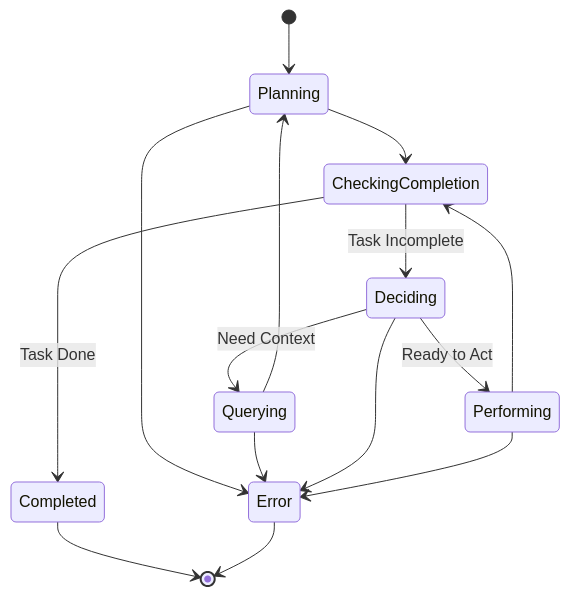
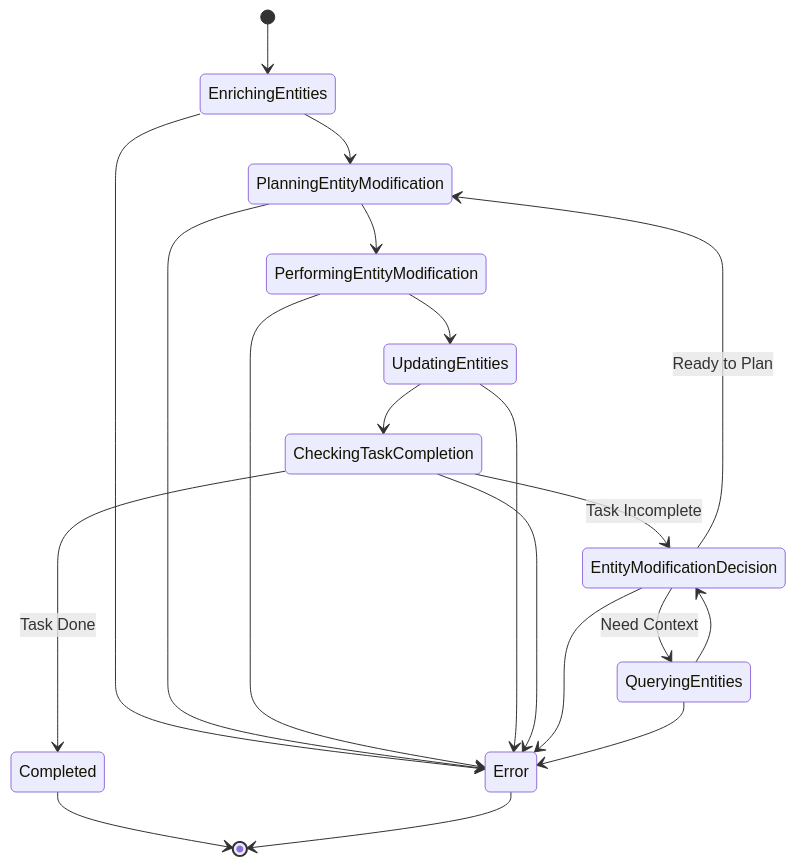
Before and after one commit to DominicBurkart/nanna-coder: the diagram in AGENTS.md, drawn with Mermaid. The commit also changed other lines of this file and 3 other files, not shown here.

````diff
--- a/AGENTS.md
+++ b/AGENTS.md
@@ -7,17 +9,22 @@
 ```mermaid
 stateDiagram-v2
-    [*] --> Planning
-    Planning --> CheckingCompletion
-    CheckingCompletion --> Completed: Task Done
-    CheckingCompletion --> Deciding: Task Incomplete
-    Deciding --> Querying: Need Context
-    Deciding --> Performing: Ready to Act
-    Querying --> Planning
-    Performing --> CheckingCompletion
+    [*] --> EnrichingEntities
+    EnrichingEntities --> PlanningEntityModification
+    PlanningEntityModification --> PerformingEntityModification
+    PerformingEntityModification --> UpdatingEntities
+    UpdatingEntities --> CheckingTaskCompletion
+    CheckingTaskCompletion --> Completed: Task Done
+    CheckingTaskCompletion --> EntityModificationDecision: Task Incomplete
+    EntityModificationDecision --> QueryingEntities: Need Context
+    EntityModificationDecision --> PlanningEntityModification: Ready to Plan
+    QueryingEntities --> EntityModificationDecision
     Completed --> [*]
-    Planning --> Error
-    Querying --> Error
-    Deciding --> Error
-    Performing --> Error
+    EnrichingEntities --> Error
+    PlanningEntityModification --> Error
+    PerformingEntityModification --> Error
+    UpdatingEntities --> Error
+    CheckingTaskCompletion --> Error
+    EntityModificationDecision --> Error
+    QueryingEntities --> Error
     Error --> [*]
 ```
````
